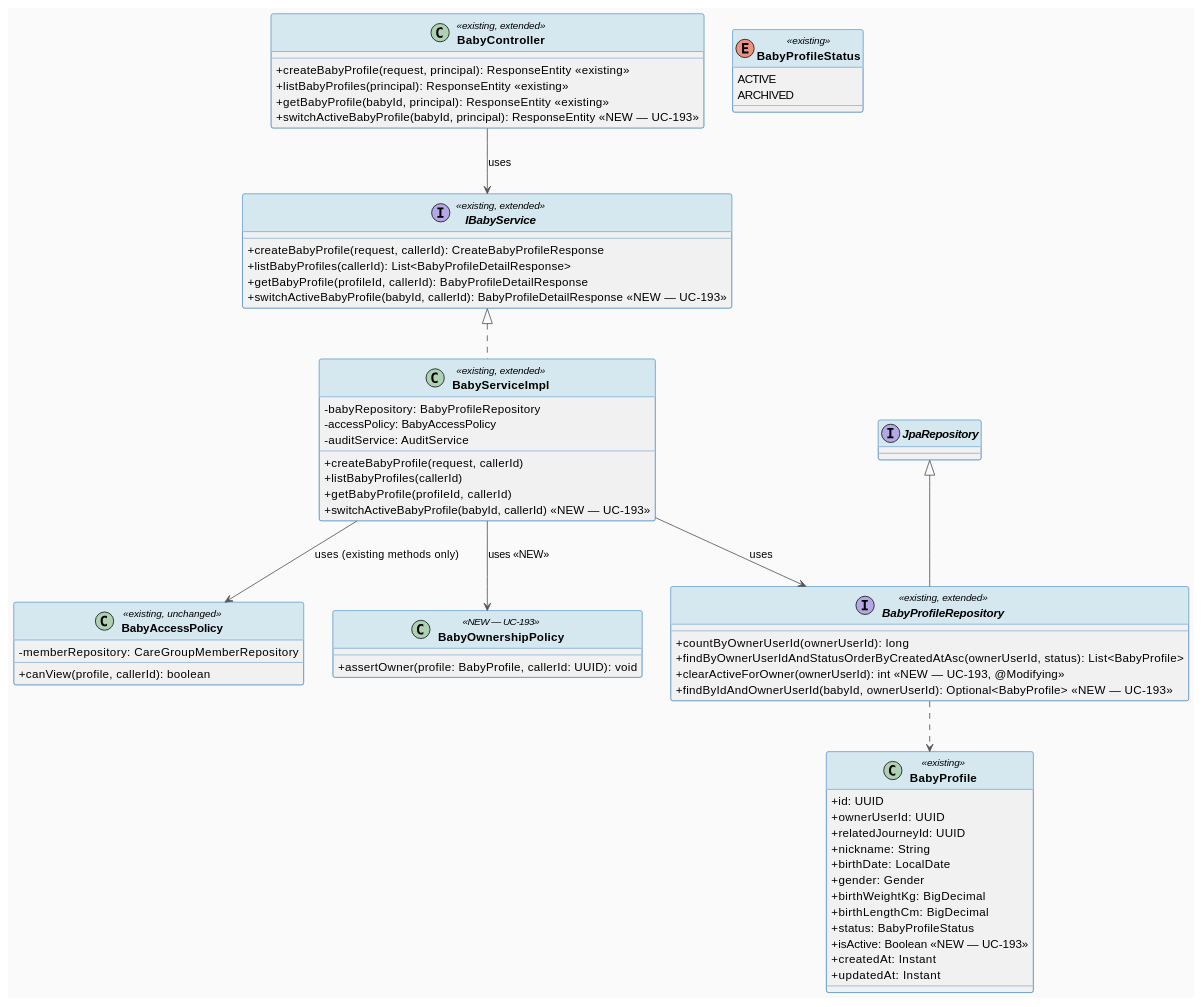
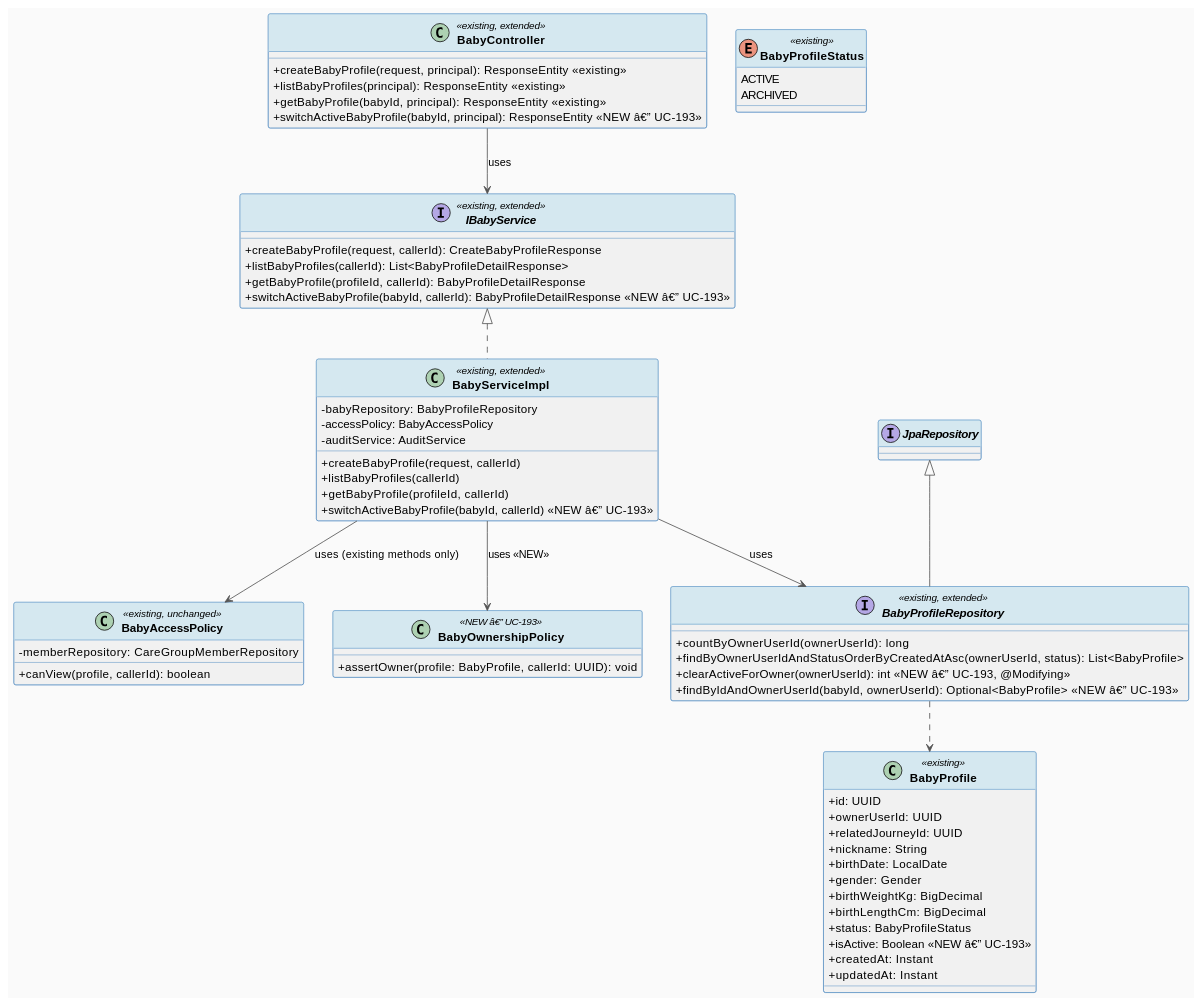
Before and after one commit to ChuongBDHE172784/CareBridge_SEP490_G79: the first of 4 diagrams in 04_Implement/UC193_SwitchActiveBabyProfile/UC193_SwitchActiveBabyProfile_TDS.md, drawn with PlantUML. The commit also changed other lines of this file and 201 other files, not shown here.

````diff
--- a/04_Implement/UC193_SwitchActiveBabyProfile/UC193_SwitchActiveBabyProfile_TDS.md
+++ b/04_Implement/UC193_SwitchActiveBabyProfile/UC193_SwitchActiveBabyProfile_TDS.md
@@ -178,77 +179,77 @@
 ```plantuml
 @startuml SwitchActiveBabyProfile_ClassDiagram
 skinparam classAttributeIconSize 0
 skinparam classFontStyle bold
 skinparam backgroundColor #FAFAFA
 skinparam ArrowColor #555555
 skinparam ClassBorderColor #2E75B6
 skinparam ClassHeaderBackgroundColor #D5E8F0
 
 class BabyProfile <<existing>> {
   + id: UUID
   + ownerUserId: UUID
   + relatedJourneyId: UUID
   + nickname: String
   + birthDate: LocalDate
   + gender: Gender
   + birthWeightKg: BigDecimal
   + birthLengthCm: BigDecimal
   + status: BabyProfileStatus
-  + isActive: Boolean <<NEW — UC-193>>
+  + isActive: Boolean <<NEW â€” UC-193>>
   + createdAt: Instant
   + updatedAt: Instant
 }
 
 enum BabyProfileStatus <<existing>> {
   ACTIVE
   ARCHIVED
 }
 
 interface IBabyService <<existing, extended>> {
   + createBabyProfile(request, callerId): CreateBabyProfileResponse
   + listBabyProfiles(callerId): List<BabyProfileDetailResponse>
   + getBabyProfile(profileId, callerId): BabyProfileDetailResponse
-  + switchActiveBabyProfile(babyId, callerId): BabyProfileDetailResponse <<NEW — UC-193>>
+  + switchActiveBabyProfile(babyId, callerId): BabyProfileDetailResponse <<NEW â€” UC-193>>
 }
 
 class BabyServiceImpl <<existing, extended>> implements IBabyService {
   - babyRepository: BabyProfileRepository
   - accessPolicy: BabyAccessPolicy
   - auditService: AuditService
   + createBabyProfile(request, callerId)
   + listBabyProfiles(callerId)
   + getBabyProfile(profileId, callerId)
-  + switchActiveBabyProfile(babyId, callerId) <<NEW — UC-193>>
+  + switchActiveBabyProfile(babyId, callerId) <<NEW â€” UC-193>>
 }
 
 class BabyAccessPolicy <<existing, unchanged>> {
   - memberRepository: CareGroupMemberRepository
   + canView(profile, callerId): boolean
 }
 
-class BabyOwnershipPolicy <<NEW — UC-193>> {
+class BabyOwnershipPolicy <<NEW â€” UC-193>> {
   + assertOwner(profile: BabyProfile, callerId: UUID): void
 }
 
 interface BabyProfileRepository <<existing, extended>> extends JpaRepository {
   + countByOwnerUserId(ownerUserId): long
   + findByOwnerUserIdAndStatusOrderByCreatedAtAsc(ownerUserId, status): List<BabyProfile>
-  + clearActiveForOwner(ownerUserId): int <<NEW — UC-193, @Modifying>>
-  + findByIdAndOwnerUserId(babyId, ownerUserId): Optional<BabyProfile> <<NEW — UC-193>>
+  + clearActiveForOwner(ownerUserId): int <<NEW â€” UC-193, @Modifying>>
+  + findByIdAndOwnerUserId(babyId, ownerUserId): Optional<BabyProfile> <<NEW â€” UC-193>>
 }
 
 class BabyController <<existing, extended>> {
   + createBabyProfile(request, principal): ResponseEntity <<existing>>
   + listBabyProfiles(principal): ResponseEntity <<existing>>
   + getBabyProfile(babyId, principal): ResponseEntity <<existing>>
-  + switchActiveBabyProfile(babyId, principal): ResponseEntity <<NEW — UC-193>>
+  + switchActiveBabyProfile(babyId, principal): ResponseEntity <<NEW â€” UC-193>>
 }
 
 BabyServiceImpl --> BabyProfileRepository : uses
 BabyServiceImpl --> BabyOwnershipPolicy : uses <<NEW>>
 BabyServiceImpl --> BabyAccessPolicy : uses (existing methods only)
 BabyController --> IBabyService : uses
 BabyProfileRepository ..> BabyProfile
 
 @enduml
 ```
````
